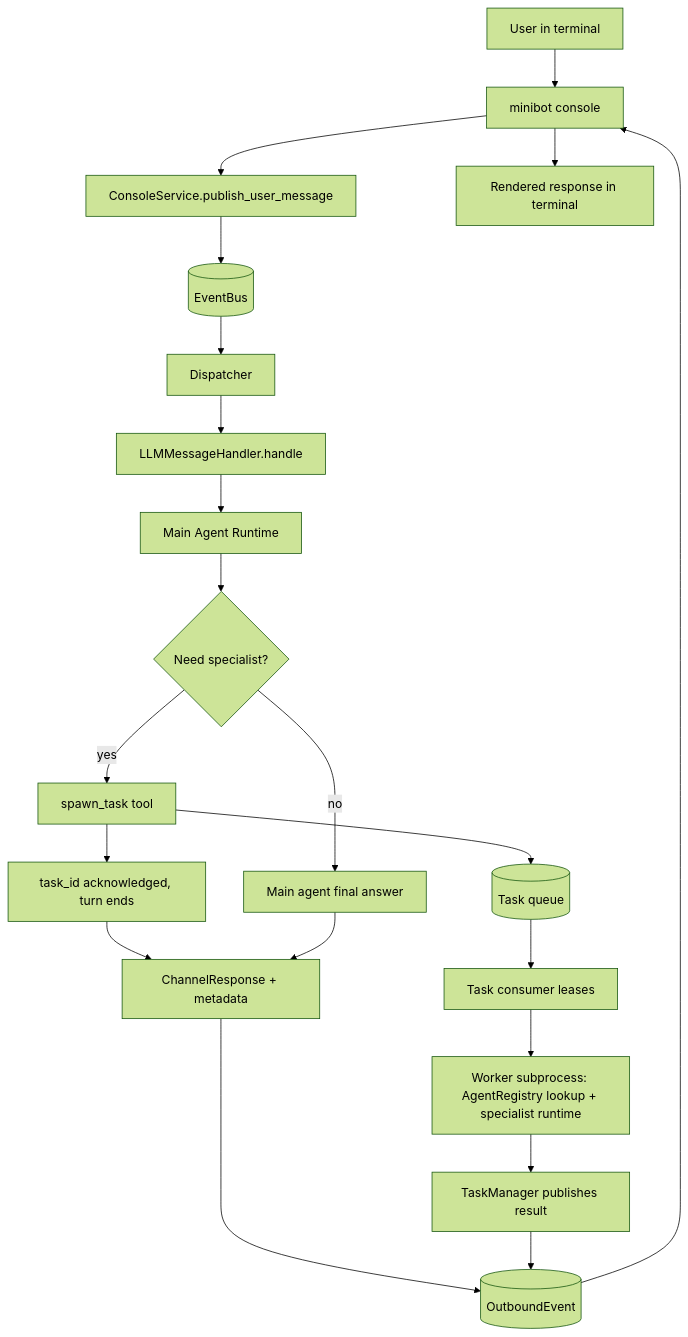
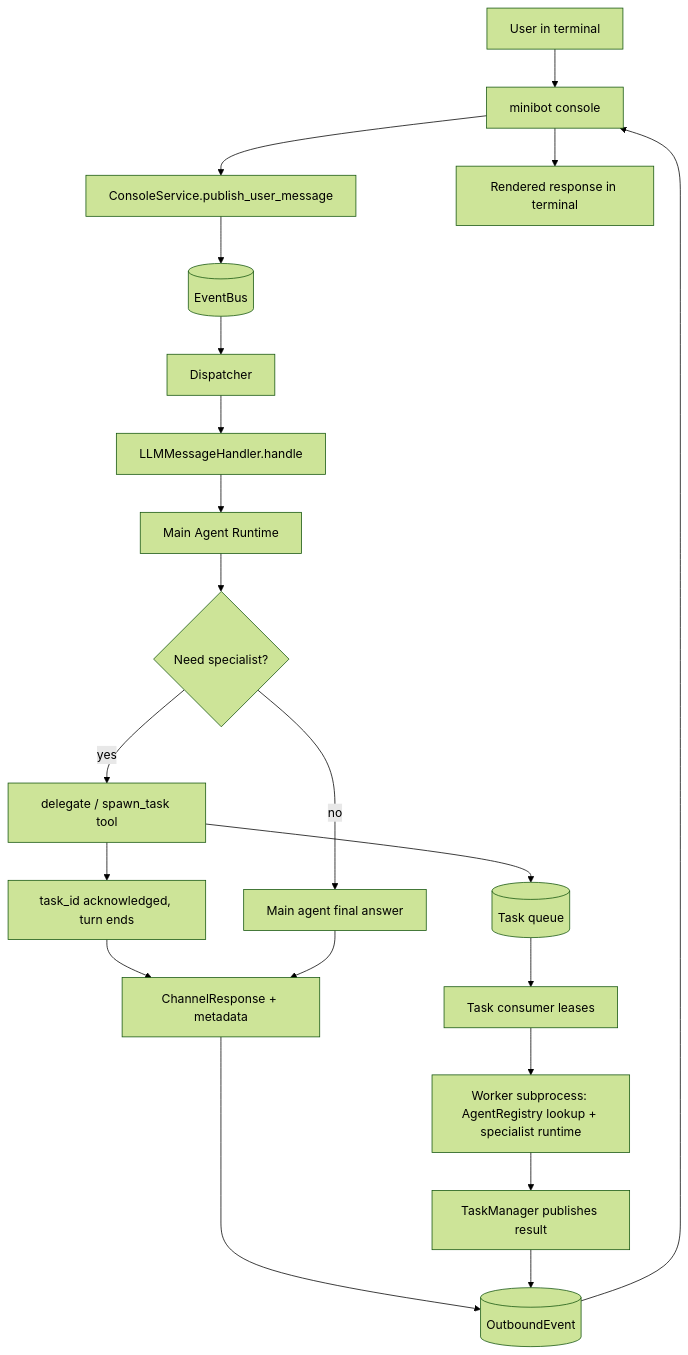
Before and after one commit to sonic182/minibot: the diagram in docs/architecture.md, drawn with Mermaid (forest theme). The commit also changed other lines of this file and 31 other files, not shown here.

Commit message:
Split delegation into delegate and background spawn_task

````diff
--- a/docs/architecture.md
+++ b/docs/architecture.md
@@ -101,23 +101,23 @@
 ```mermaid
 flowchart TD
     U[User in terminal] --> C[minibot console]
     C --> CS[ConsoleService.publish_user_message]
     CS --> EB[(EventBus)]
     EB --> D[Dispatcher]
     D --> H[LLMMessageHandler.handle]
     H --> SUP[Main Agent Runtime]
     SUP --> DEC{Need specialist?}
     DEC -->|no| FINAL[Main agent final answer]
-    DEC -->|yes| ST[spawn_task tool]
+    DEC -->|yes| ST[delegate / spawn_task tool]
     ST --> Q[(Task queue)]
     ST --> ACK[task_id acknowledged, turn ends]
     Q --> CON[Task consumer leases]
     CON --> W[Worker subprocess: AgentRegistry lookup + specialist runtime]
     W --> RES[TaskManager publishes result]
     ACK --> RESP[ChannelResponse + metadata]
     FINAL --> RESP
     RESP --> EB2[(OutboundEvent)]
     RES --> EB2
     EB2 --> C
     C --> U2[Rendered response in terminal]
 ```
````
